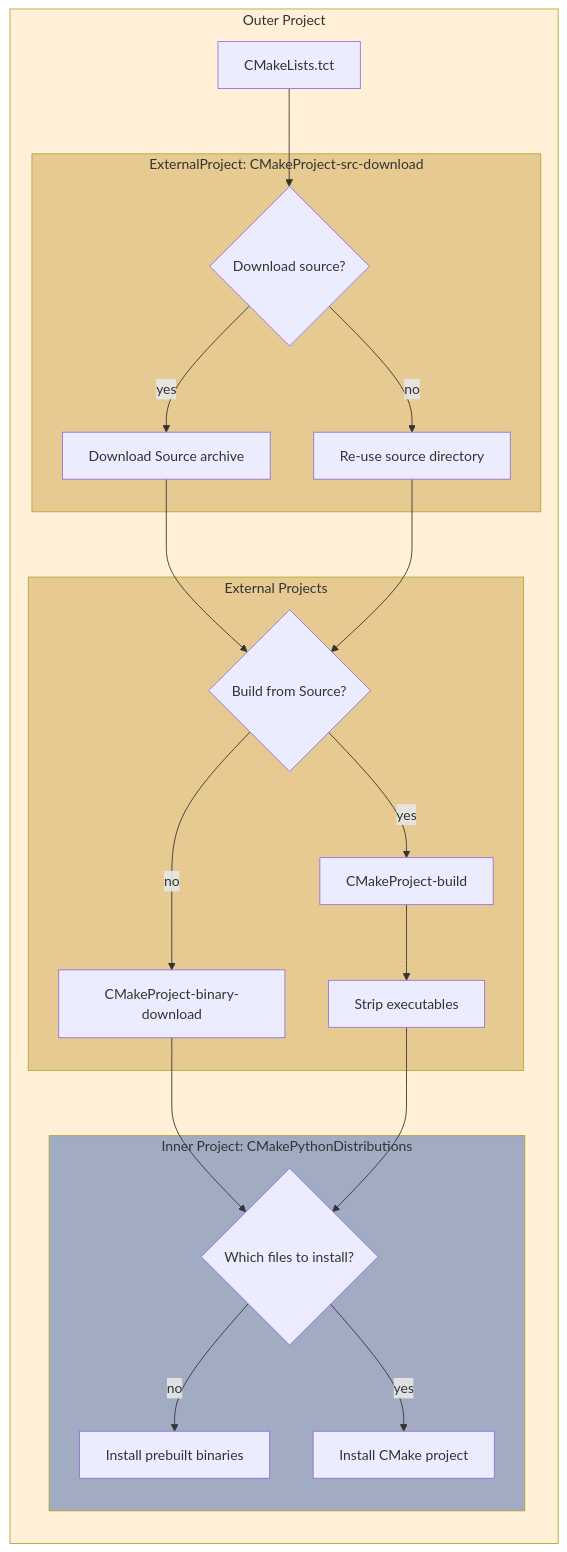
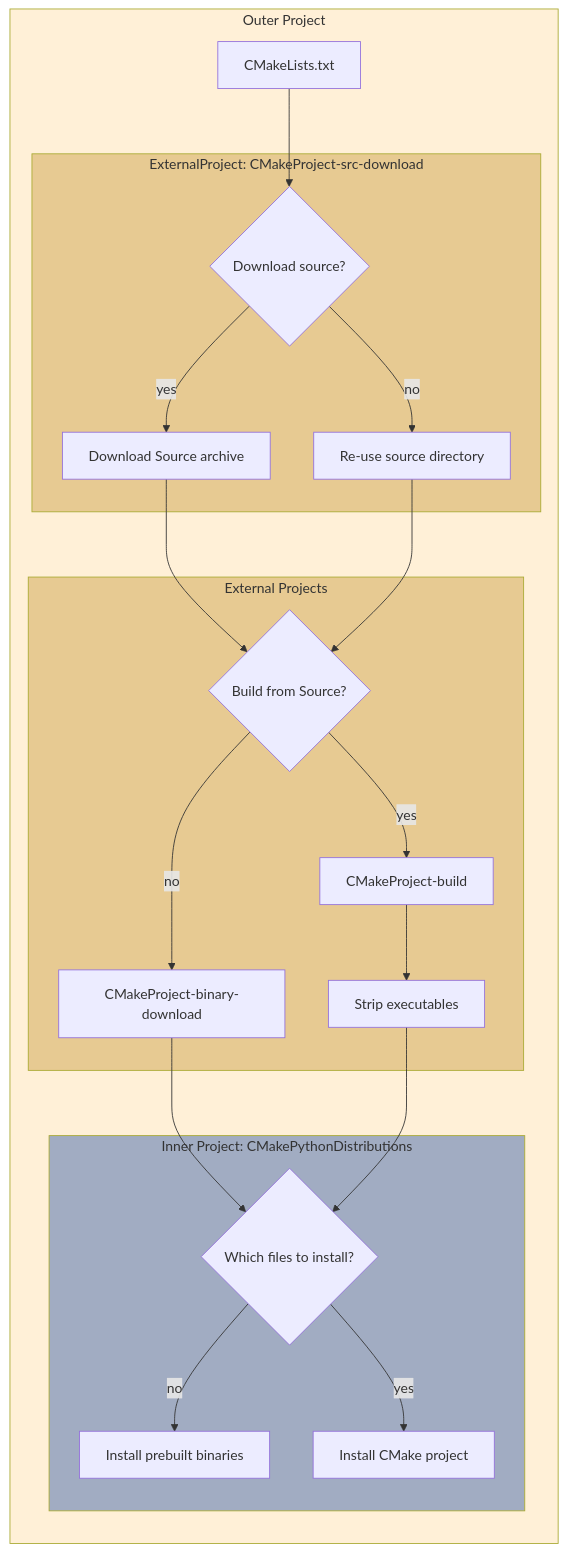
Before and after one commit to scikit-build/cmake-python-distributions: the diagram in docs/build_system.rst, drawn with Mermaid. The commit also changed other lines of this file and 12 other files, not shown here.

```diff
--- a/docs/build_system.rst
+++ b/docs/build_system.rst
@@ -18,45 +18,45 @@
 .. mermaid::
     :align: center
 
     flowchart LR
         subgraph OP[Outer Project]
             style OP fill:#FFF0D7
-            configure["CMakeLists.tct"]
+            configure["CMakeLists.txt"]
             ask_download{"Download source?"}
             download_source["Download Source archive"]
             reuse_source_dir["Re-use source directory"]
             ask_build{"Build from Source?"}
             download_binaries["CMakeProject-binary-download"]
             build_cmake["CMakeProject-build"]
             strip_executables["Strip executables"]
             ask_inner_build{"Which files to install?"}
             install_pre_built["Install prebuilt binaries"]
             install_cmake_project["Install CMake project"]
 
             configure --> ask_download
 
             subgraph EP1[ExternalProject: CMakeProject-src-download]
                 style EP1 fill:#E7CA92
                 ask_download -->|yes| download_source
                 ask_download -->|no| reuse_source_dir
             end
 
             download_source --> ask_build
             reuse_source_dir --> ask_build
 
             subgraph EP2[External Projects]
                 style EP2 fill:#E7CA92
                 ask_build -->|no| download_binaries
                 ask_build -->|yes| build_cmake
                 build_cmake --> strip_executables
             end
 
             download_binaries --> ask_inner_build
             strip_executables --> ask_inner_build
 
             subgraph IP[Inner Project: CMakePythonDistributions]
                 style IP fill:#a1acc2
                 ask_inner_build -->|no| install_pre_built
                 ask_inner_build -->|yes| install_cmake_project
             end
         end
```
